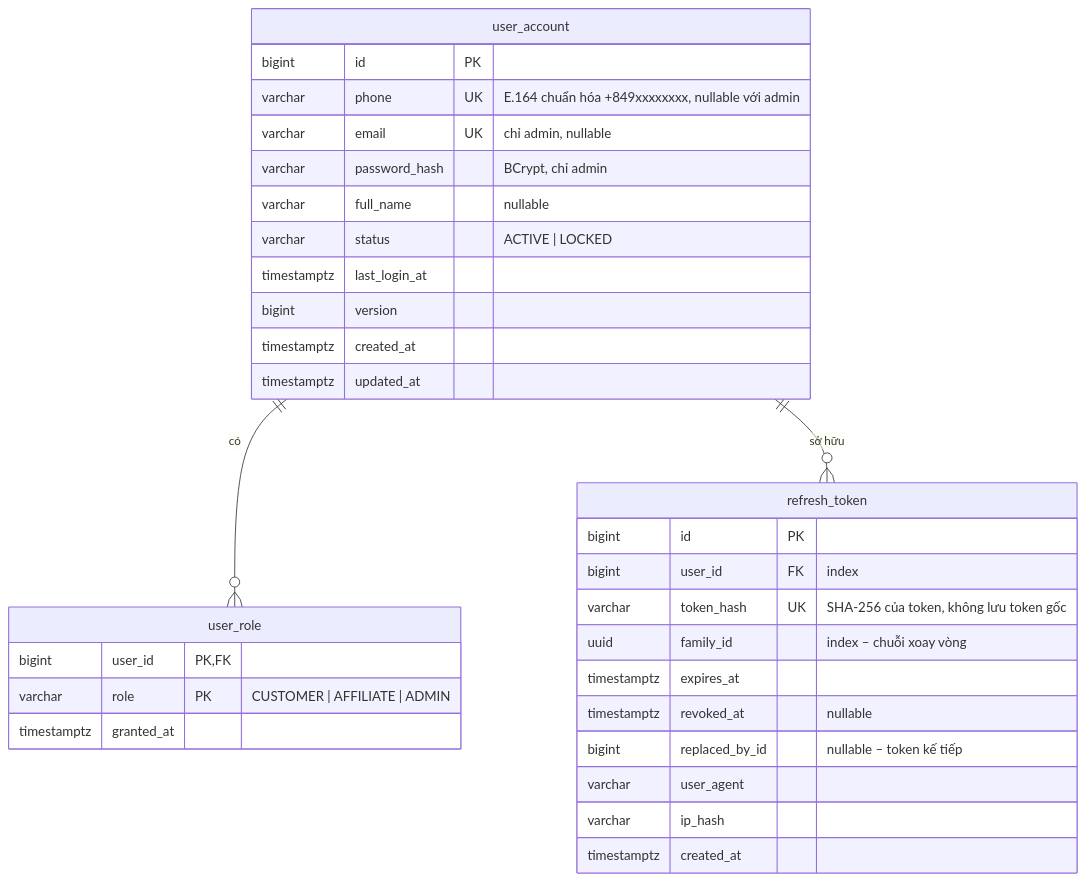
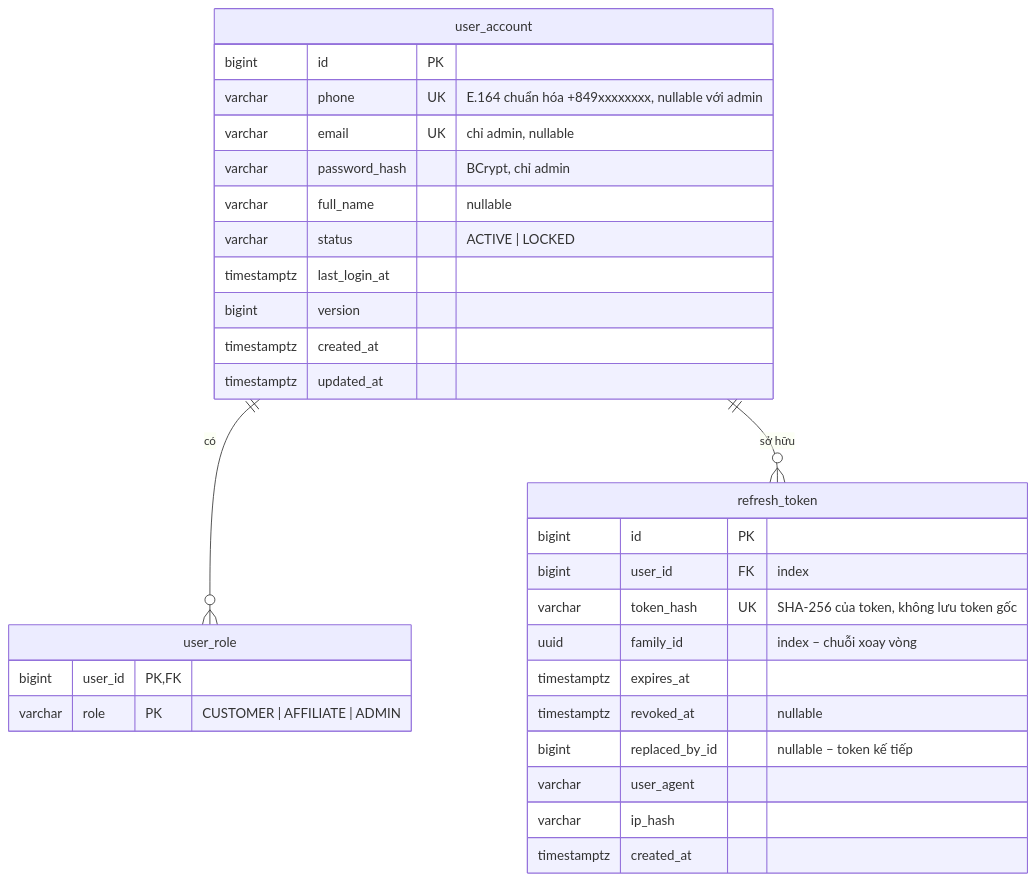
Before and after one commit to Vietnguyen203/Hwingroupweb: the first of 6 diagrams in docs/02-erd.md, drawn with Mermaid. The commit also changed 170 other files, not shown here.

````diff
--- a/docs/02-erd.md
+++ b/docs/02-erd.md
@@ -22,37 +22,36 @@
 ```mermaid
 erDiagram
     user_account ||--o{ user_role : "có"
     user_account ||--o{ refresh_token : "sở hữu"
 
     user_account {
         bigint id PK
         varchar phone UK "E.164 chuẩn hóa +849xxxxxxxx, nullable với admin"
         varchar email UK "chỉ admin, nullable"
         varchar password_hash "BCrypt, chỉ admin"
         varchar full_name "nullable"
         varchar status "ACTIVE | LOCKED"
         timestamptz last_login_at
         bigint version
         timestamptz created_at
         timestamptz updated_at
     }
 
     user_role {
         bigint user_id PK, FK
         varchar role PK "CUSTOMER | AFFILIATE | ADMIN"
-        timestamptz granted_at
     }
 
     refresh_token {
         bigint id PK
         bigint user_id FK "index"
         varchar token_hash UK "SHA-256 của token, không lưu token gốc"
         uuid family_id "index – chuỗi xoay vòng"
         timestamptz expires_at
         timestamptz revoked_at "nullable"
         bigint replaced_by_id "nullable – token kế tiếp"
         varchar user_agent
         varchar ip_hash
         timestamptz created_at
     }
 ```
````
